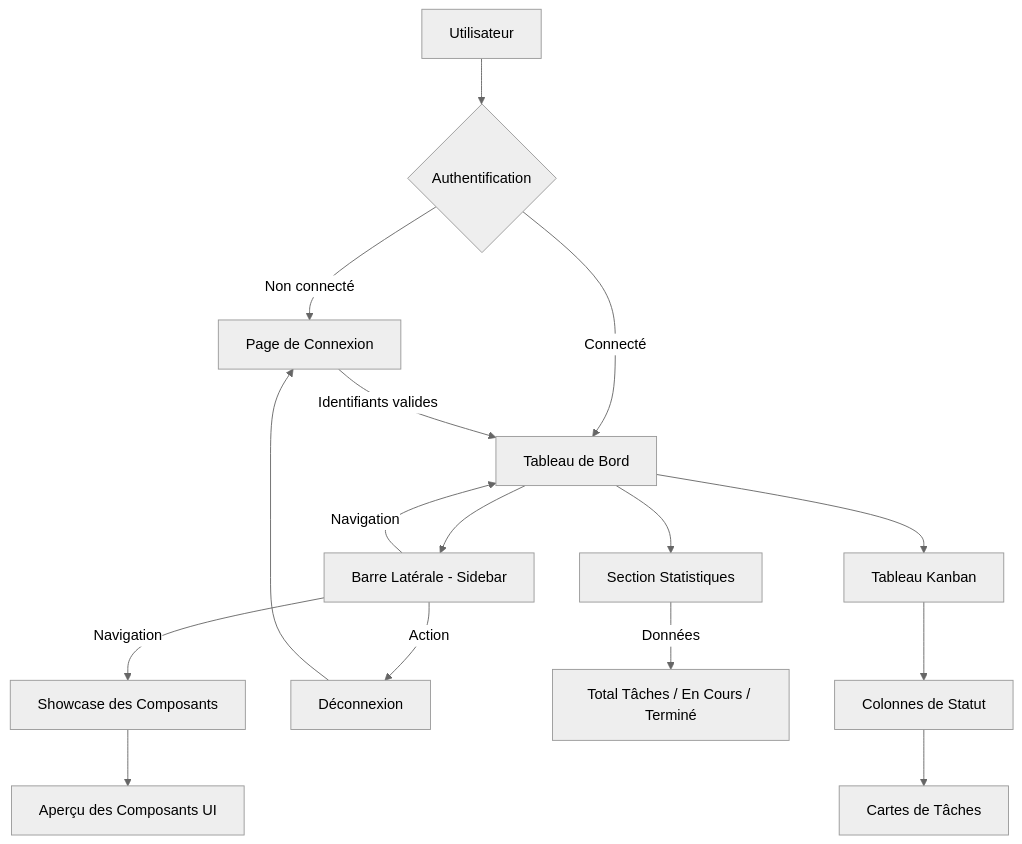
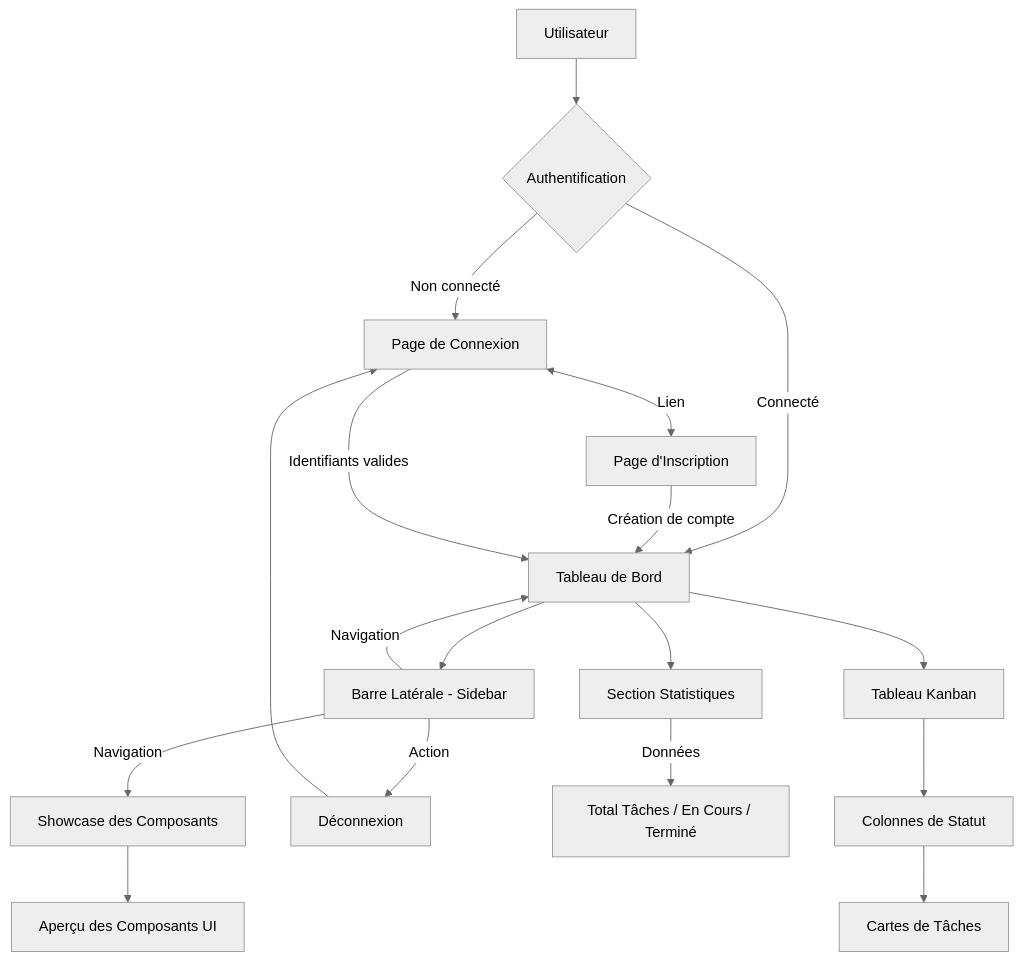
One commit to AkramMoussaoui/taskflow-front changed the diagram in diagramme_fonctionnel.md. Above: the diagram before and after it, drawn with Mermaid (neutral theme). The commit also changed 4 other files, not shown here.

Commit message:
feat: Add initial authentication pages (Login, Signup) with routing and updated functional documentation and diagram.

````diff
--- a/diagramme_fonctionnel.md
+++ b/diagramme_fonctionnel.md
@@ -10,25 +10,28 @@
 ```mermaid
 graph TD
     A[Utilisateur] --> B{Authentification}
     B -->|Non connecté| C[Page de Connexion]
     B -->|Connecté| D[Tableau de Bord]
+    
+    C <-->|Lien| Signup[Page d'Inscription]
+    Signup -->|Création de compte| D
     
     C -->|Identifiants valides| D
     
     D --> E[Barre Latérale - Sidebar]
     D --> F[Section Statistiques]
     D --> G[Tableau Kanban]
     
     E -->|Navigation| D
     E -->|Navigation| H[Showcase des Composants]
     E -->|Action| I[Déconnexion]
     
     F -->|Données| J[Total Tâches / En Cours / Terminé]
     
     G --> K[Colonnes de Statut]
     K --> L[Cartes de Tâches]
     
     H --> M[Aperçu des Composants UI]
     
     I --> C
 ```
````
